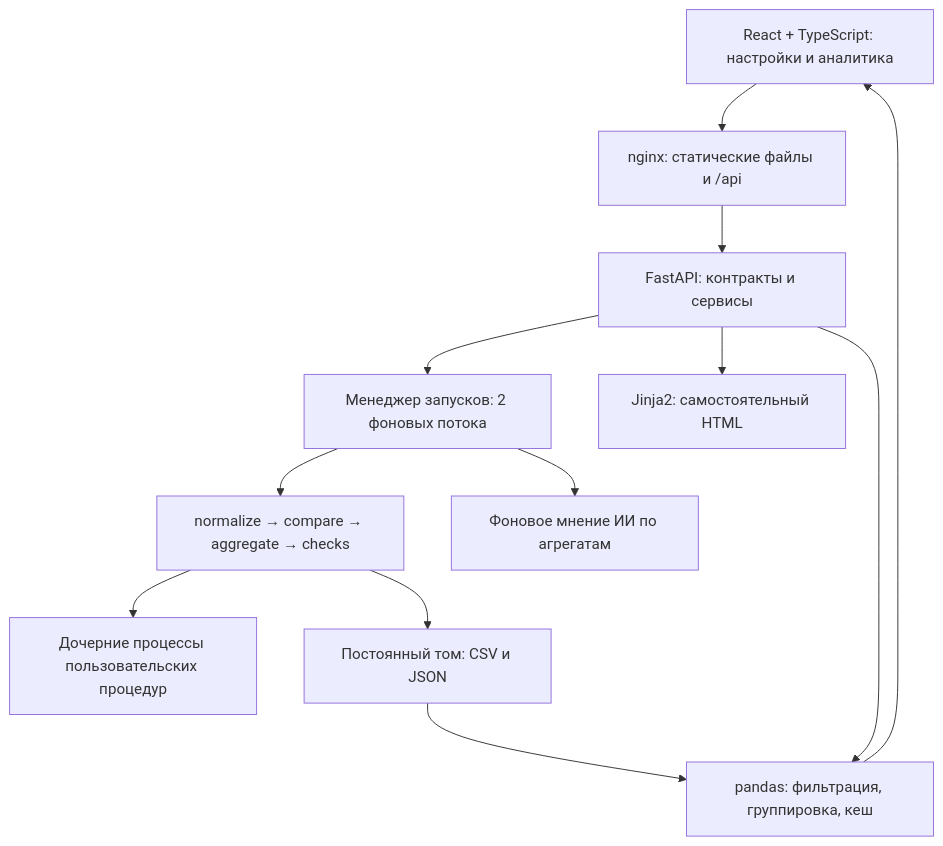
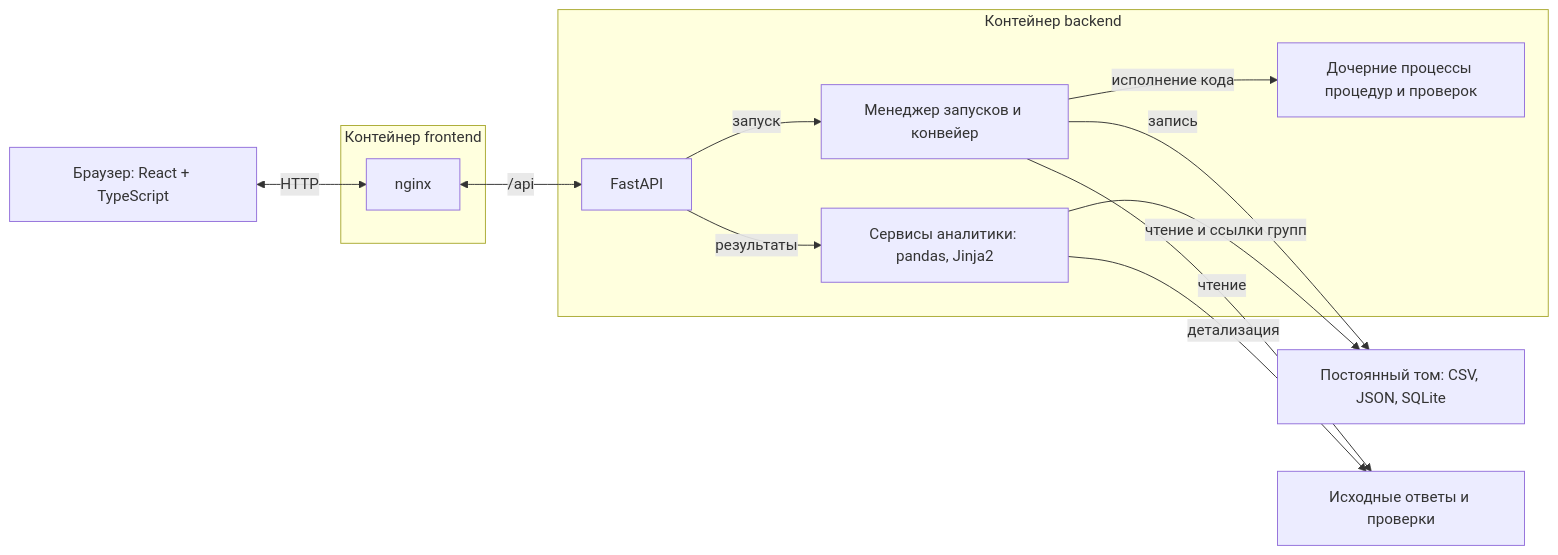
One commit to zvezdochey/razlichalka changed the diagram in docs/explanatory-note.md. Above: the diagram before and after it, drawn with Mermaid. The commit also changed other lines of this file and 3 other files, not shown here.

````diff
--- a/docs/explanatory-note.md
+++ b/docs/explanatory-note.md
@@ -27,14 +13,23 @@
 ```mermaid
-flowchart TD
-    UI["React + TypeScript: настройки и аналитика"] --> WEB["nginx: статические файлы и /api"]
-    WEB --> API["FastAPI: контракты и сервисы"]
-    API --> RUN["Менеджер запусков: 2 фоновых потока"]
-    RUN --> PIPE["normalize → compare → aggregate → checks"]
-    PIPE --> CODE["Дочерние процессы пользовательских процедур"]
-    PIPE --> FILES["Постоянный том: CSV и JSON"]
-    FILES --> FACTS["pandas: фильтрация, группировка, кеш"]
-    API --> FACTS
-    FACTS --> UI
-    API --> HTML["Jinja2: самостоятельный HTML"]
-    RUN --> AI["Фоновое мнение ИИ по агрегатам"]
+flowchart LR
+    UI["Браузер: React + TypeScript"] <-->|HTTP| WEB
+    subgraph FRONT["Контейнер frontend"]
+        WEB["nginx"]
+    end
+    subgraph BACK["Контейнер backend"]
+        API["FastAPI"]
+        RUN["Менеджер запусков и конвейер"]
+        READ["Сервисы аналитики: pandas, Jinja2"]
+        CODE["Дочерние процессы процедур и проверок"]
+        API -->|запуск| RUN
+        API -->|результаты| READ
+        RUN -->|исполнение кода| CODE
+    end
+    WEB <-->|/api| API
+    STORE["Постоянный том: CSV, JSON, SQLite"]
+    DATA["Исходные ответы и проверки"]
+    RUN -->|запись| STORE
+    READ -->|чтение и ссылки групп| STORE
+    RUN -->|чтение| DATA
+    READ -->|детализация| DATA
 ```
````
